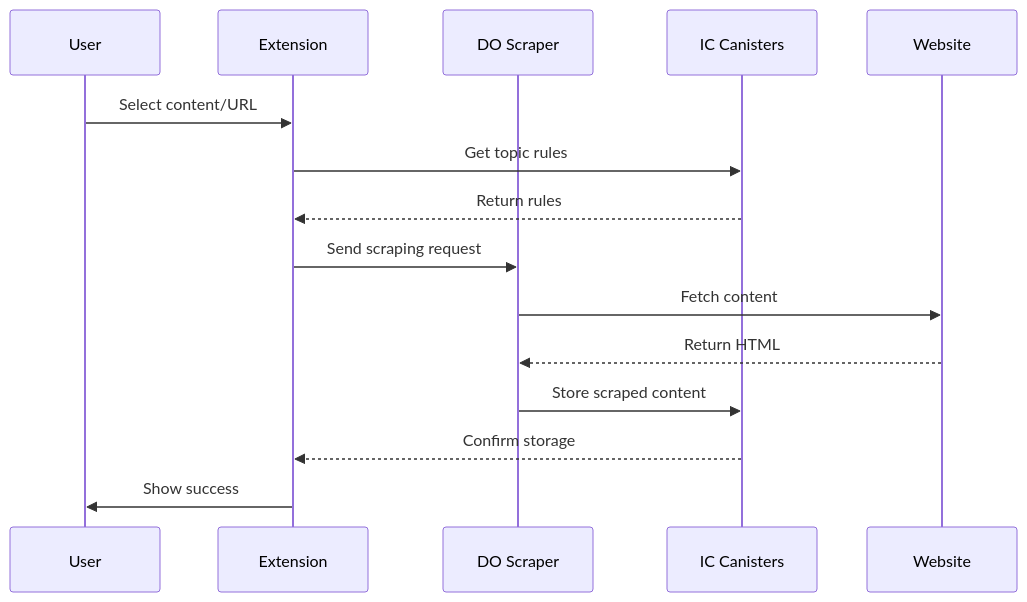
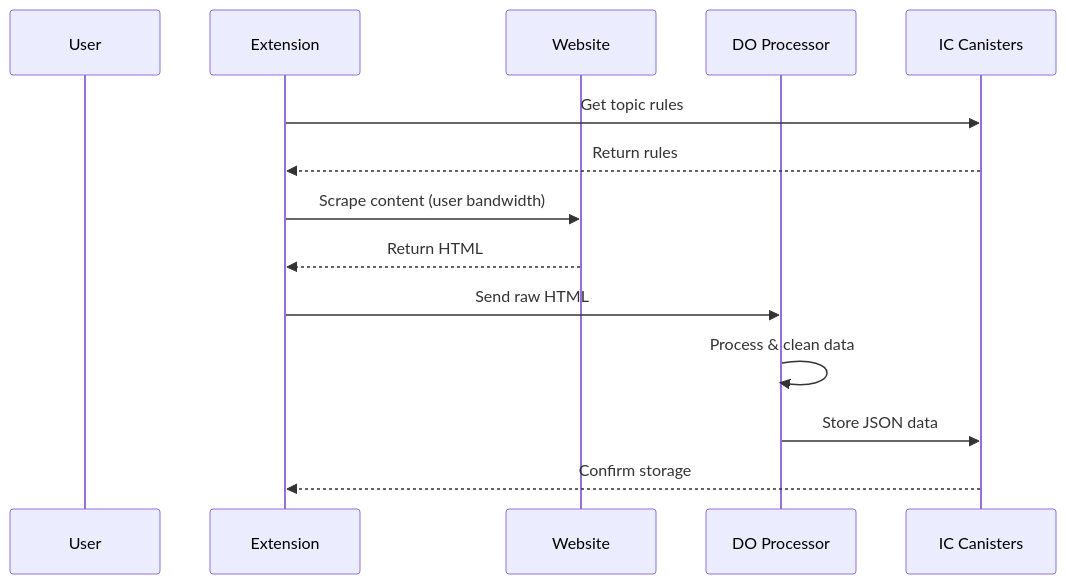
The diagram in docs/architecture/SCRAPING.md (RhinoSpider/rhinospider_extension), drawn with Mermaid before and after one commit. The commit also changed other lines of this file and 21 other files, not shown here.

````diff
--- a/docs/architecture/SCRAPING.md
+++ b/docs/architecture/SCRAPING.md
@@ -126,18 +47,17 @@
 ```mermaid
 sequenceDiagram
     participant User
     participant Extension
-    participant DO as DO Scraper
+    participant Web as Website
+    participant DO as DO Processor
     participant IC as IC Canisters
-    participant Web as Website
 
-    User->>Extension: Select content/URL
     Extension->>IC: Get topic rules
     IC-->>Extension: Return rules
-    Extension->>DO: Send scraping request
-    DO->>Web: Fetch content
-    Web-->>DO: Return HTML
-    DO->>IC: Store scraped content
+    Extension->>Web: Scrape content (user bandwidth)
+    Web-->>Extension: Return HTML
+    Extension->>DO: Send raw HTML
+    DO->>DO: Process & clean data
+    DO->>IC: Store JSON data
     IC-->>Extension: Confirm storage
-    Extension->>User: Show success
 ```
````
